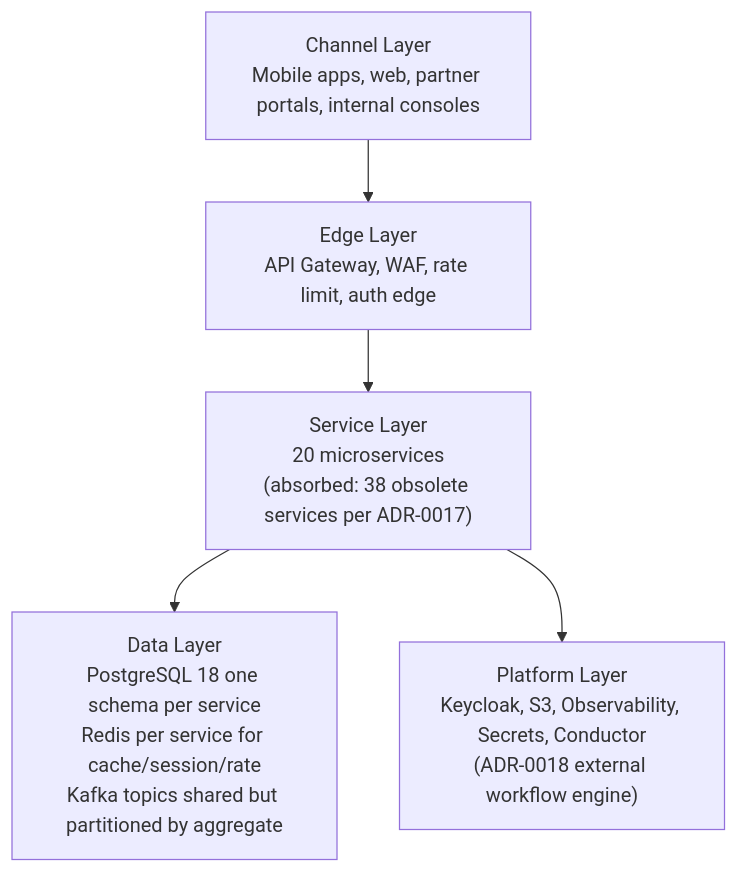
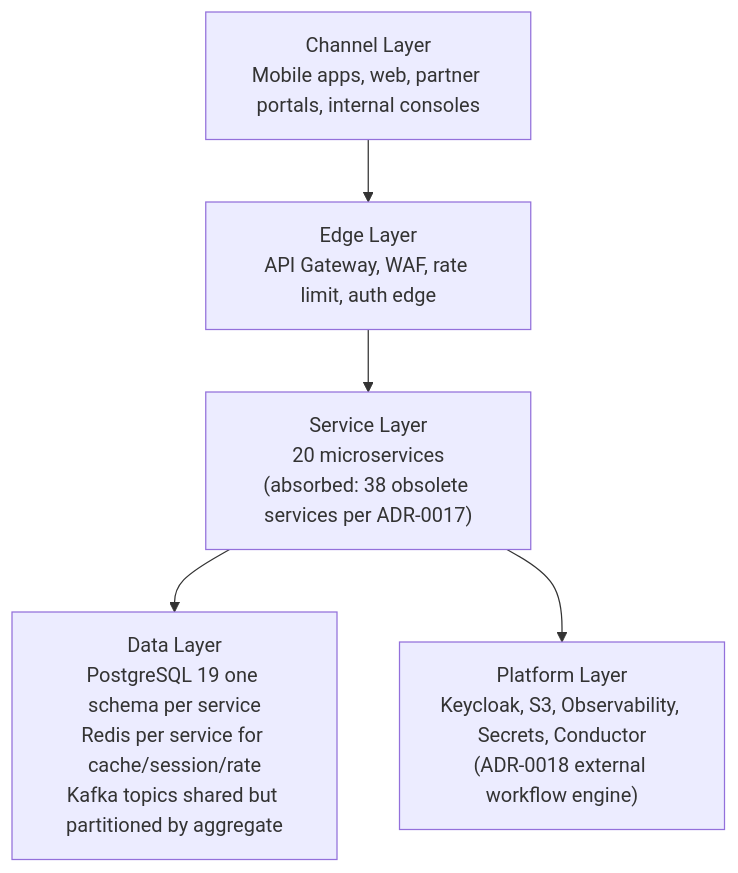
One commit to mohamedhabibwork/trips-enjoy-docs changed the diagram in docs/architecture/ARCHITECTURE.md. Above: the diagram before and after it, drawn with Mermaid. The commit also changed 201 other files, not shown here.

First line of the commit message:
Update documentation for PostgreSQL and Redis versions; introduce request lifecycle events

````diff
--- a/docs/architecture/ARCHITECTURE.md
+++ b/docs/architecture/ARCHITECTURE.md
@@ -14,13 +14,13 @@
 ```mermaid
 graph TB
     L0["Channel Layer<br/>Mobile apps, web, partner portals, internal consoles"]
     L1["Edge Layer<br/>API Gateway, WAF, rate limit, auth edge"]
     L2["Service Layer<br/>20 microservices<br/>(absorbed: 38 obsolete services per ADR-0017)"]
-    L3["Data Layer<br/>PostgreSQL 18 one schema per service<br/>Redis per service for cache/session/rate<br/>Kafka topics shared but partitioned by aggregate"]
+    L3["Data Layer<br/>PostgreSQL 19 one schema per service<br/>Redis per service for cache/session/rate<br/>Kafka topics shared but partitioned by aggregate"]
     L4["Platform Layer<br/>Keycloak, S3, Observability, Secrets, Conductor<br/>(ADR-0018 external workflow engine)"]
 
     L0 --> L1
     L1 --> L2
     L2 --> L3
     L2 --> L4
 ```
````
